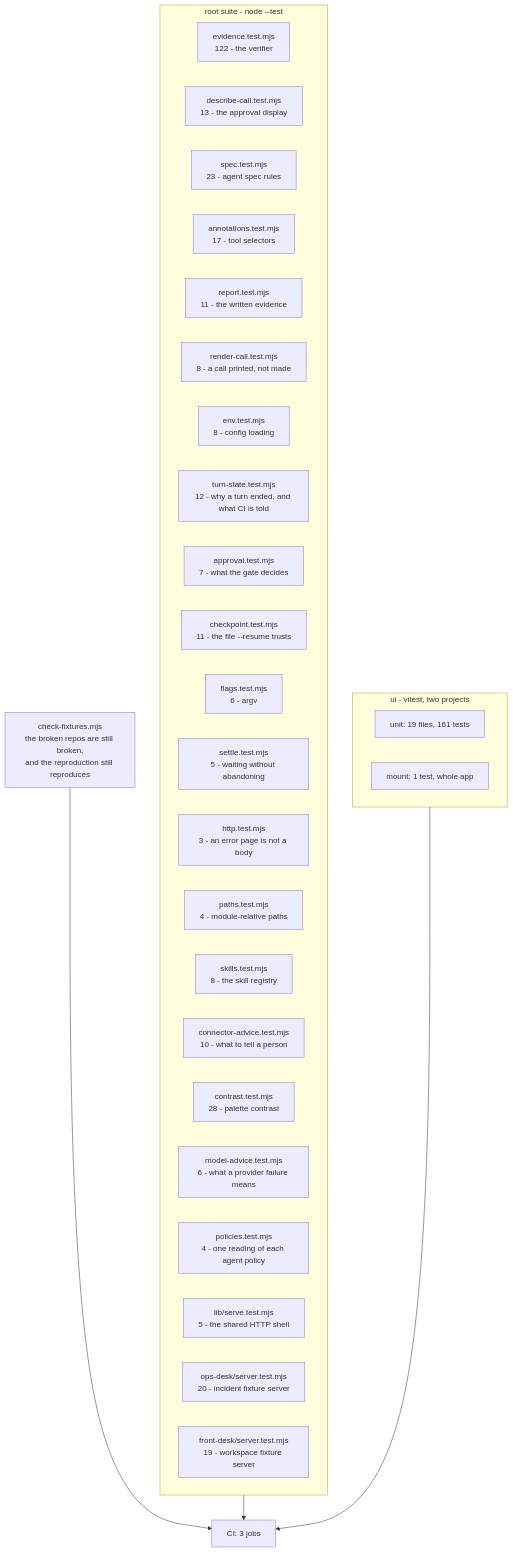
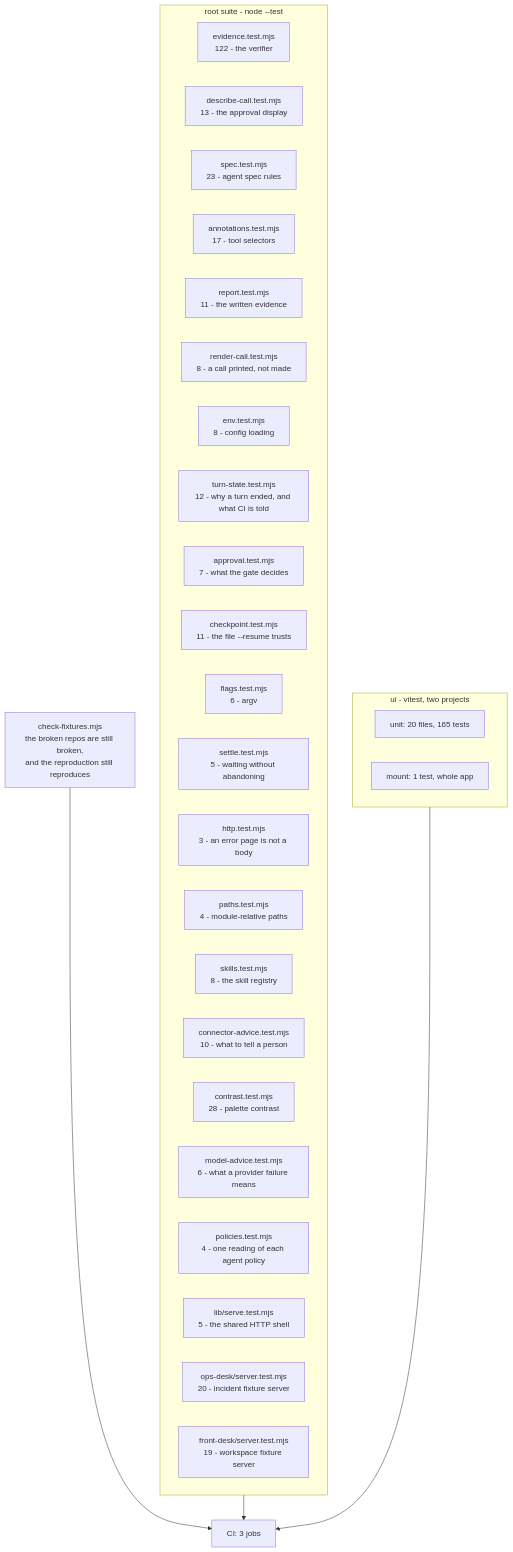
Before and after one commit to manumishra12/quartermaster: the diagram in TESTING.md, drawn with Mermaid. The commit also changed other lines of this file and 6 other files, not shown here.

First line of the commit message:
Render the diagrams the agents write

````diff
--- a/TESTING.md
+++ b/TESTING.md
@@ -30,38 +30,38 @@
 ```mermaid
 flowchart TD
   subgraph root["root suite - node --test"]
     EV["evidence.test.mjs<br/>122 - the verifier"]
     DC["describe-call.test.mjs<br/>13 - the approval display"]
     SP["spec.test.mjs<br/>23 - agent spec rules"]
     AN["annotations.test.mjs<br/>17 - tool selectors"]
     RP["report.test.mjs<br/>11 - the written evidence"]
     RC["render-call.test.mjs<br/>8 - a call printed, not made"]
     EN["env.test.mjs<br/>8 - config loading"]
     TS["turn-state.test.mjs<br/>12 - why a turn ended, and what CI is told"]
     AP["approval.test.mjs<br/>7 - what the gate decides"]
     CK["checkpoint.test.mjs<br/>11 - the file --resume trusts"]
     FL["flags.test.mjs<br/>6 - argv"]
     ST["settle.test.mjs<br/>5 - waiting without abandoning"]
     HT["http.test.mjs<br/>3 - an error page is not a body"]
     PA["paths.test.mjs<br/>4 - module-relative paths"]
     SK["skills.test.mjs<br/>8 - the skill registry"]
     CA["connector-advice.test.mjs<br/>10 - what to tell a person"]
     CO["contrast.test.mjs<br/>28 - palette contrast"]
     MA["model-advice.test.mjs<br/>6 - what a provider failure means"]
     PO["policies.test.mjs<br/>4 - one reading of each agent policy"]
     SV["lib/serve.test.mjs<br/>5 - the shared HTTP shell"]
     OD["ops-desk/server.test.mjs<br/>20 - incident fixture server"]
     FD["front-desk/server.test.mjs<br/>19 - workspace fixture server"]
   end
 
   subgraph ui["ui - vitest, two projects"]
-    U1["unit: 19 files, 161 tests"]
+    U1["unit: 20 files, 165 tests"]
     U2["mount: 1 test, whole app"]
   end
 
   FX["check-fixtures.mjs<br/>the broken repos are still broken,<br/>and the reproduction still reproduces"]
 
   root --> CI["CI: 3 jobs"]
   ui --> CI
   FX --> CI
 ```
````
